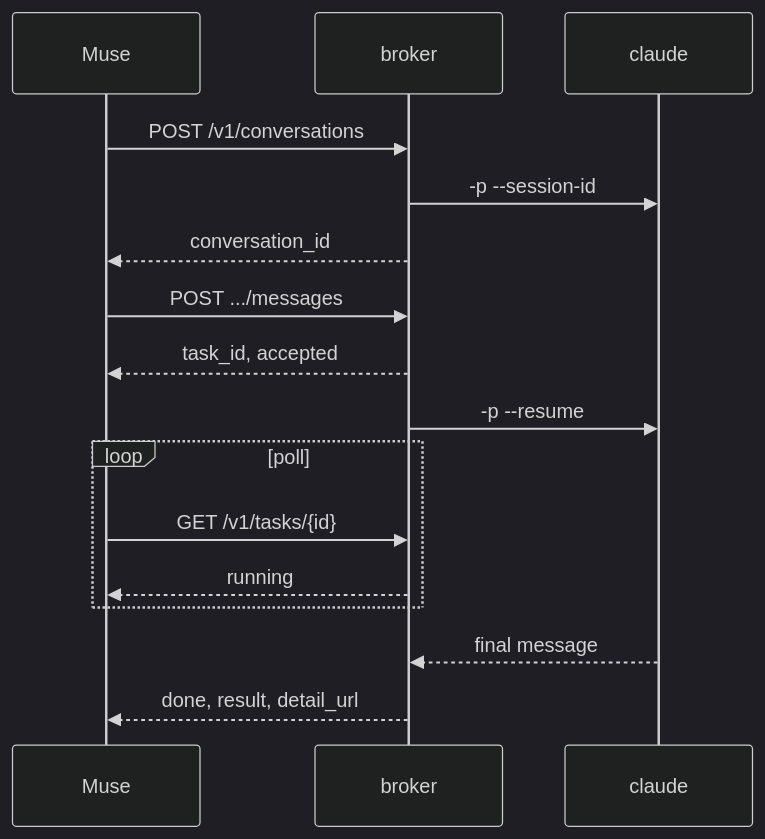
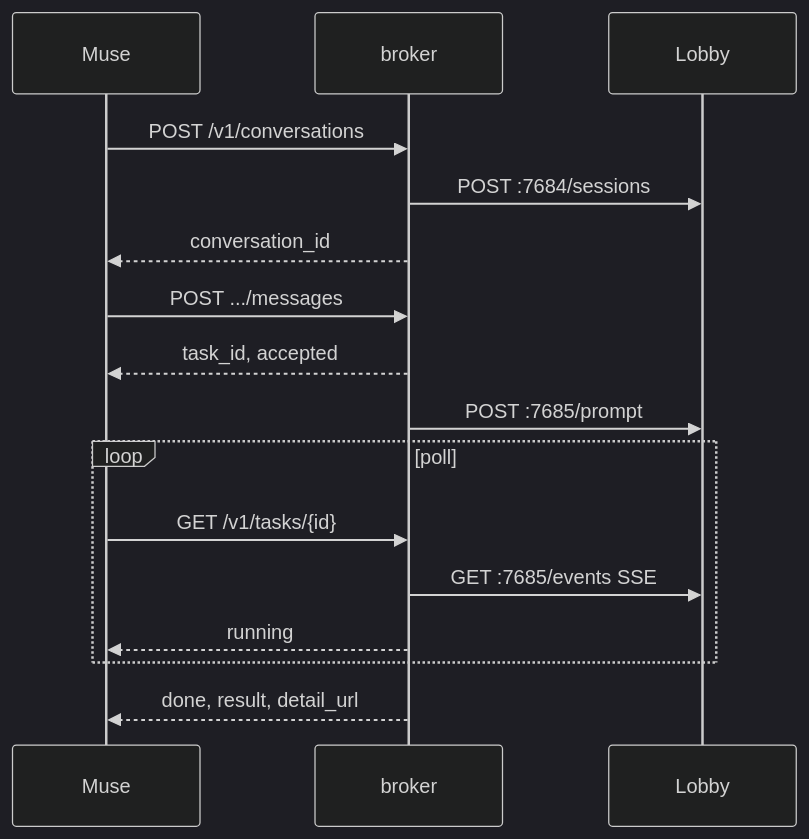
Before and after one commit to ViktorBarzin/infra: the second of 2 diagrams in docs/plans/2026-09-14-muse-agent-broker-design.md, drawn with Mermaid (dark theme). The commit also changed other lines of this file, not shown here.

````diff
--- a/docs/plans/2026-09-14-muse-agent-broker-design.md
+++ b/docs/plans/2026-09-14-muse-agent-broker-design.md
@@ -140,18 +182,18 @@
 ```mermaid
 sequenceDiagram
   participant M as Muse
   participant B as broker
-  participant C as claude
+  participant L as Lobby
   M->>B: POST /v1/conversations
-  B->>C: -p --session-id
+  B->>L: POST :7684/sessions
   B-->>M: conversation_id
   M->>B: POST .../messages
   B-->>M: task_id, accepted
-  B->>C: -p --resume
+  B->>L: POST :7685/prompt
   loop poll
     M->>B: GET /v1/tasks/{id}
+    B->>L: GET :7685/events SSE
     B-->>M: running
   end
-  C-->>B: final message
   B-->>M: done, result, detail_url
 ```
````
